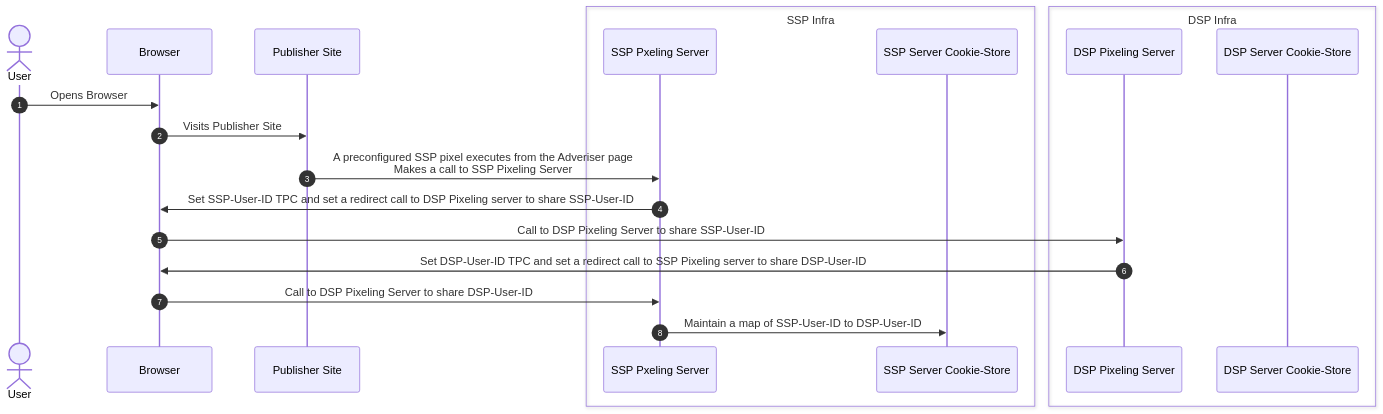
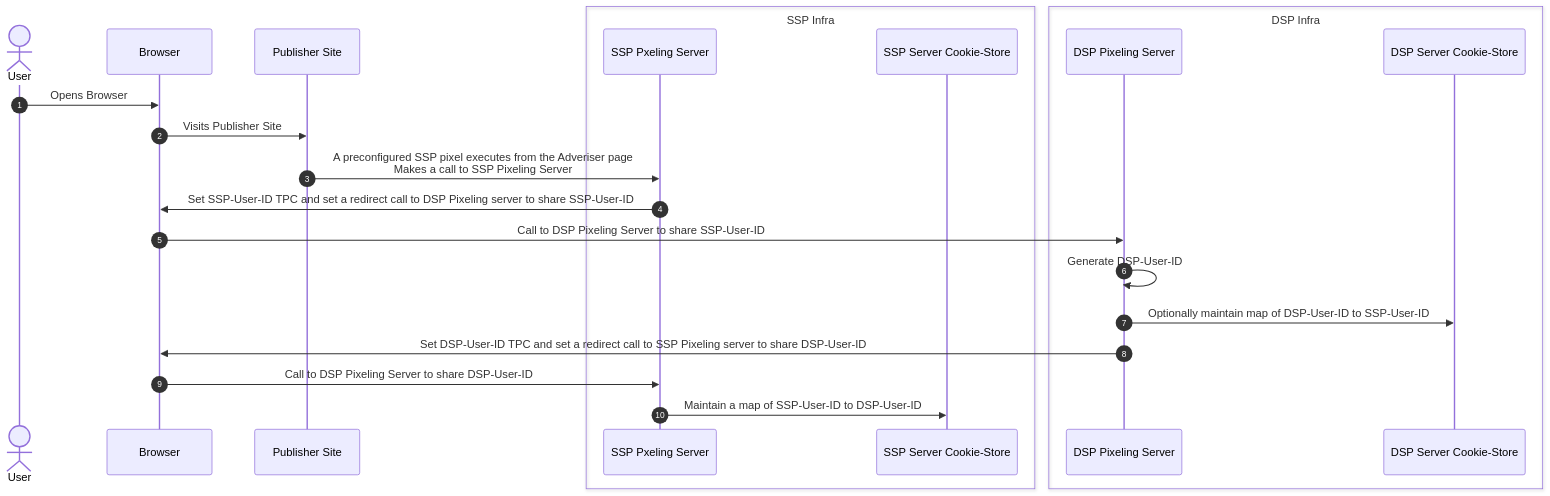
One commit to pm-harshad-mane/Diagrams changed the second of 2 diagrams in Fledge/RetargetingWithCookies.md. Above: the diagram before and after it, drawn with Mermaid.

````diff
--- a/Fledge/RetargetingWithCookies.md
+++ b/Fledge/RetargetingWithCookies.md
@@ -24,24 +24,26 @@
 ```mermaid
 sequenceDiagram
     autonumber
     actor User
     participant Browser
     participant Pub as Publisher Site
     box SSP Infra
     participant SSP_pix as SSP Pxeling Server
     participant SSP_db as SSP Server Cookie-Store
     end
     box DSP Infra
     participant DSP_pix as DSP Pixeling Server
     participant DSP_db as DSP Server Cookie-Store
     end
 
     User->>Browser: Opens Browser
     Browser->>Pub: Visits Publisher Site
     Pub->>SSP_pix: A preconfigured SSP pixel executes from the Adveriser page  <br/> Makes a call to SSP Pixeling Server
     SSP_pix->>Browser: Set SSP-User-ID TPC and set a redirect call to DSP Pixeling server to share SSP-User-ID
     Browser->>DSP_pix: Call to DSP Pixeling Server to share SSP-User-ID
+    DSP_pix->>DSP_pix: Generate DSP-User-ID
+    DSP_pix->>DSP_db: Optionally maintain map of DSP-User-ID to SSP-User-ID 
     DSP_pix->>Browser: Set DSP-User-ID TPC and set a redirect call to SSP Pixeling server to share DSP-User-ID
     Browser->>SSP_pix: Call to DSP Pixeling Server to share DSP-User-ID
     SSP_pix->>SSP_db: Maintain a map of SSP-User-ID to DSP-User-ID
 ```
````
